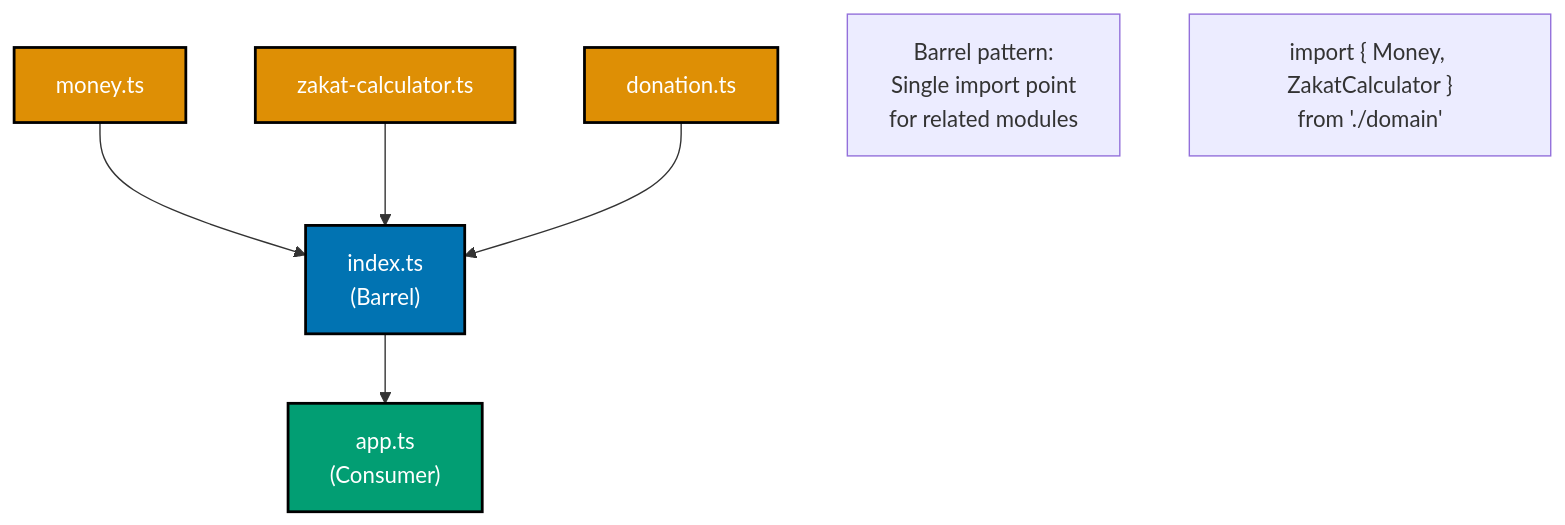
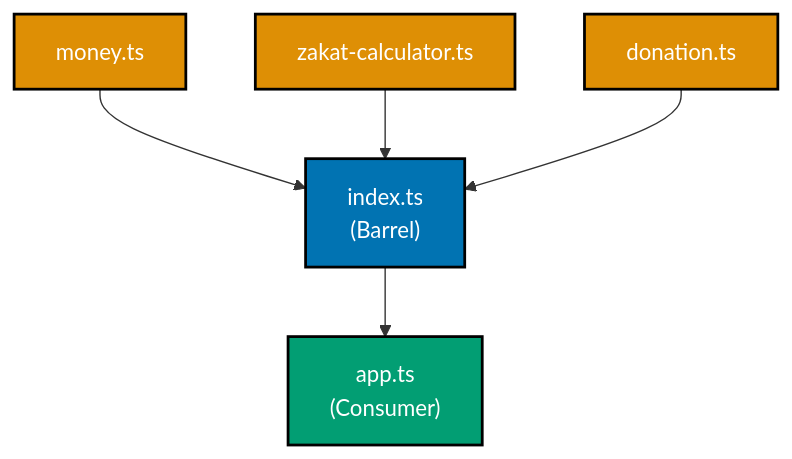
One commit to wahidyankf/ose-primer changed the third of 8 diagrams in docs/explanation/software-engineering/programming-languages/typescript/modules-and-dependencies.md. Above: the diagram before and after it, drawn with Mermaid. The commit also changed other lines of this file and 16 other files, not shown here.

Commit message:
fix(docs): fix mermaid violations in typescript/ docs (batch 1/10)

````diff
--- a/docs/explanation/software-engineering/programming-languages/typescript/modules-and-dependencies.md
+++ b/docs/explanation/software-engineering/programming-languages/typescript/modules-and-dependencies.md
@@ -119,21 +119,18 @@
 ```mermaid
 %% Color Palette: Blue #0173B2, Orange #DE8F05, Teal #029E73, Purple #CC78BC, Brown #CA9161
 graph TD
     Barrel["index.ts<br/>#40;Barrel#41;"]:::blue
     Module1["money.ts"]:::orange
     Module2["zakat-calculator.ts"]:::orange
     Module3["donation.ts"]:::orange
     Consumer["app.ts<br/>#40;Consumer#41;"]:::teal
 
     Module1 --> Barrel
     Module2 --> Barrel
     Module3 --> Barrel
     Barrel --> Consumer
 
-    Note1["Barrel pattern:<br/>Single import point<br/>for related modules"]
-    Note2["import { Money, ZakatCalculator }<br/>from './domain'"]
-
     classDef blue fill:#0173B2,stroke:#000000,color:#FFFFFF,stroke-width:2px
     classDef orange fill:#DE8F05,stroke:#000000,color:#FFFFFF,stroke-width:2px
     classDef teal fill:#029E73,stroke:#000000,color:#FFFFFF,stroke-width:2px
 ```
````
